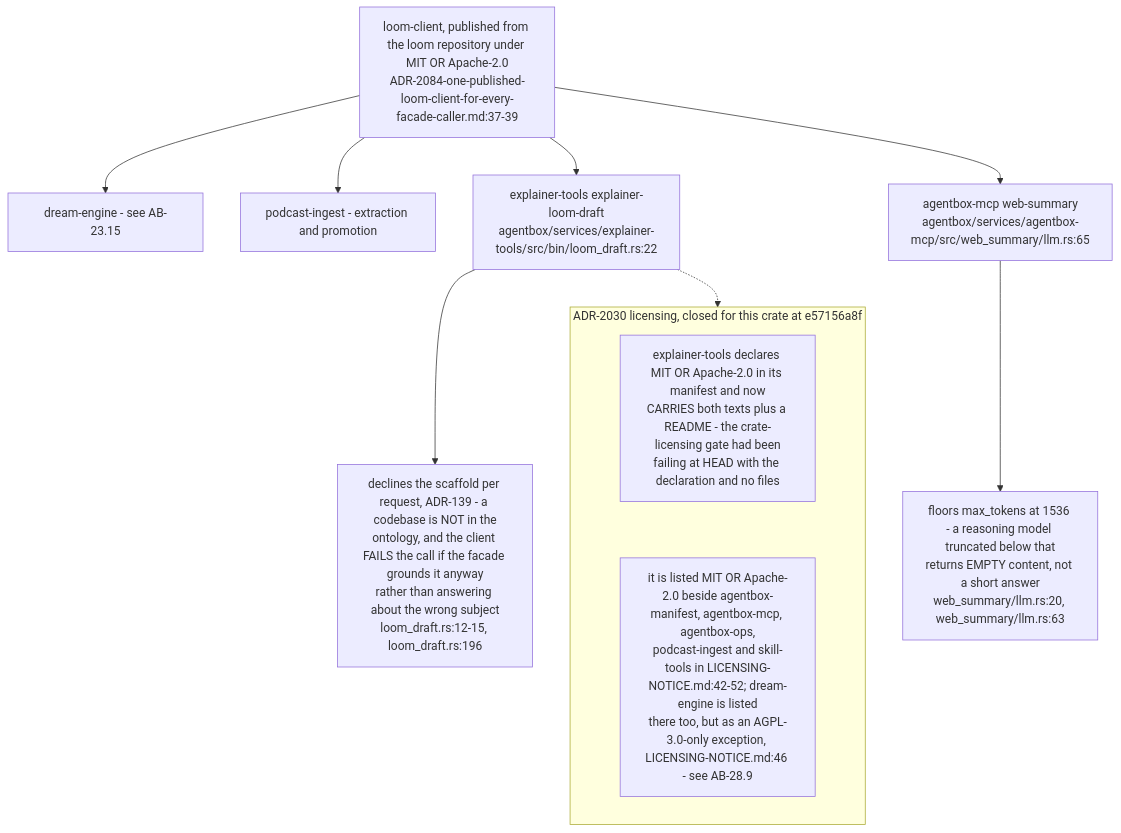
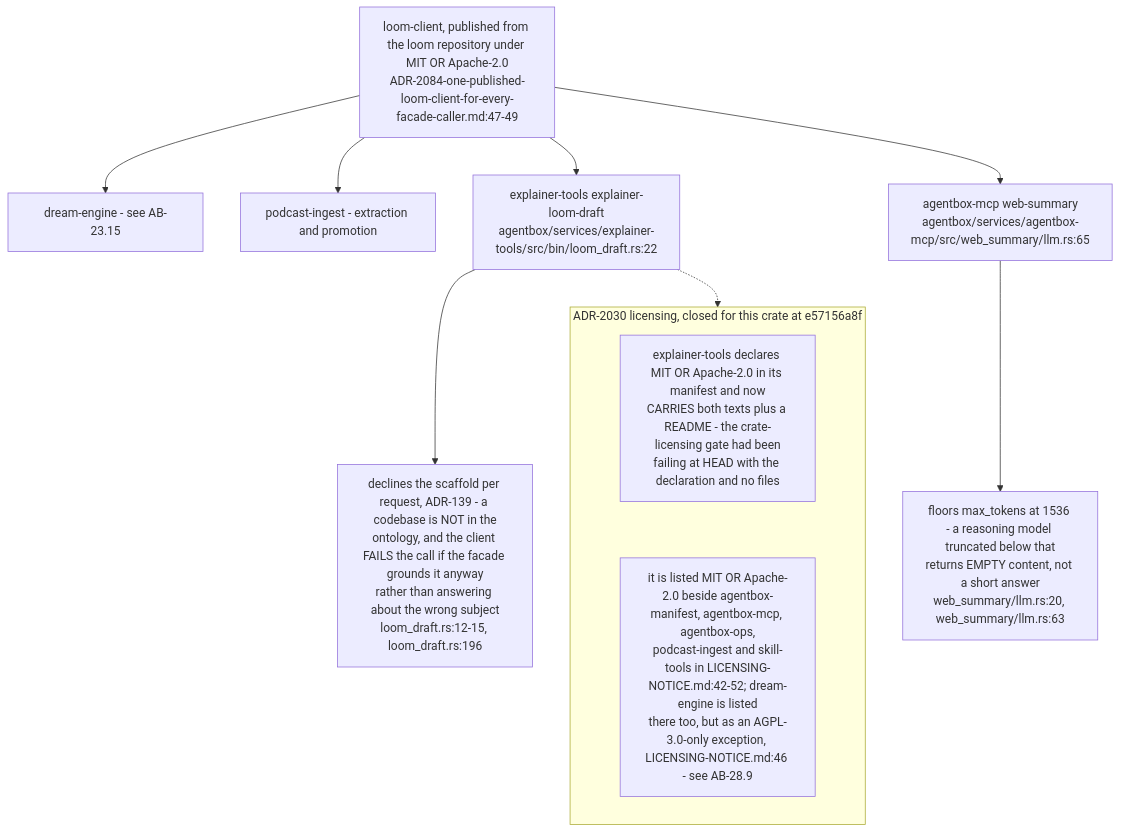
Before and after one commit to DreamLab-AI/VisionFlow: the tenth of 10 diagrams in docs/diagrams/agentbox/28-agentbox-services-and-manifest-binary.md, drawn with Mermaid. The commit also changed other lines of this file and 7 other files, not shown here.

````diff
--- a/docs/diagrams/agentbox/28-agentbox-services-and-manifest-binary.md
+++ b/docs/diagrams/agentbox/28-agentbox-services-and-manifest-binary.md
@@ -477,17 +479,17 @@
 ```mermaid
 flowchart TB
-    CRATE["loom-client, published from the loom repository under MIT OR Apache-2.0<br/>ADR-2084-one-published-loom-client-for-every-facade-caller.md:37-39"]
+    CRATE["loom-client, published from the loom repository under MIT OR Apache-2.0<br/>ADR-2084-one-published-loom-client-for-every-facade-caller.md:47-49"]
     CRATE --> A["dream-engine - see AB-23.15"]
     CRATE --> B["podcast-ingest - extraction and promotion"]
     CRATE --> C["explainer-tools explainer-loom-draft<br/>agentbox/services/explainer-tools/src/bin/loom_draft.rs:22"]
     CRATE --> D["agentbox-mcp web-summary<br/>agentbox/services/agentbox-mcp/src/web_summary/llm.rs:65"]
     C --> C1["declines the scaffold per request, ADR-139 - a codebase is NOT in the<br/>ontology, and the client FAILS the call if the facade grounds it anyway<br/>rather than answering about the wrong subject<br/>loom_draft.rs:12-15, loom_draft.rs:196"]
     D --> D1["floors max_tokens at 1536 - a reasoning model truncated below that<br/>returns EMPTY content, not a short answer<br/>web_summary/llm.rs:20, web_summary/llm.rs:63"]
     subgraph lic["ADR-2030 licensing, closed for this crate at e57156a8f"]
         direction TB
         L1["explainer-tools declares MIT OR Apache-2.0 in its manifest and now<br/>CARRIES both texts plus a README - the crate-licensing gate had been<br/>failing at HEAD with the declaration and no files"]
         L2["it is listed MIT OR Apache-2.0 beside agentbox-manifest, agentbox-mcp, agentbox-ops,<br/>podcast-ingest and skill-tools in LICENSING-NOTICE.md:42-52; dream-engine is listed<br/>there too, but as an AGPL-3.0-only exception, LICENSING-NOTICE.md:46 - see AB-28.9"]
         L1 ~~~ L2
     end
     C -.-> lic
 ```
````
